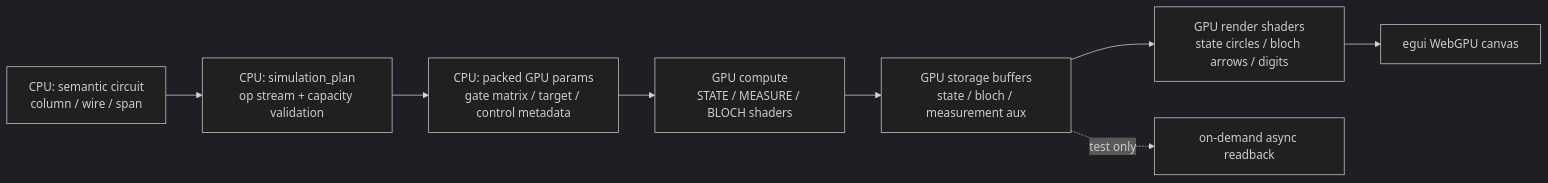
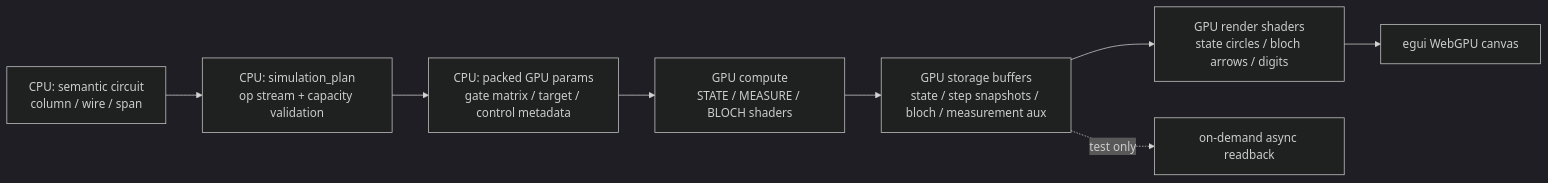
The diagram in docs/gpu-plan.md (qniapp/qni-webgpu), drawn with Mermaid (dark theme) before and after one commit. The commit also changed other lines of this file and 18 other files, not shown here.

Commit message:
perf(egui-web): cache step preview snapshots on GPU

````diff
--- a/docs/gpu-plan.md
+++ b/docs/gpu-plan.md
@@ -15,10 +15,10 @@
 ```mermaid
 flowchart LR
   Circuit[CPU: semantic circuit<br/>column / wire / span] --> Plan[CPU: simulation_plan<br/>op stream + capacity validation]
   Plan --> Params[CPU: packed GPU params<br/>gate matrix / target / control metadata]
   Params --> Compute[GPU compute<br/>STATE / MEASURE / BLOCH shaders]
-  Compute --> Buffers[GPU storage buffers<br/>state / bloch / measurement aux]
+  Compute --> Buffers[GPU storage buffers<br/>state / step snapshots / bloch / measurement aux]
   Buffers --> Render[GPU render shaders<br/>state circles / bloch arrows / digits]
   Render --> Canvas[egui WebGPU canvas]
   Buffers -. test only .-> Readback[on-demand async readback]
 ```
````
